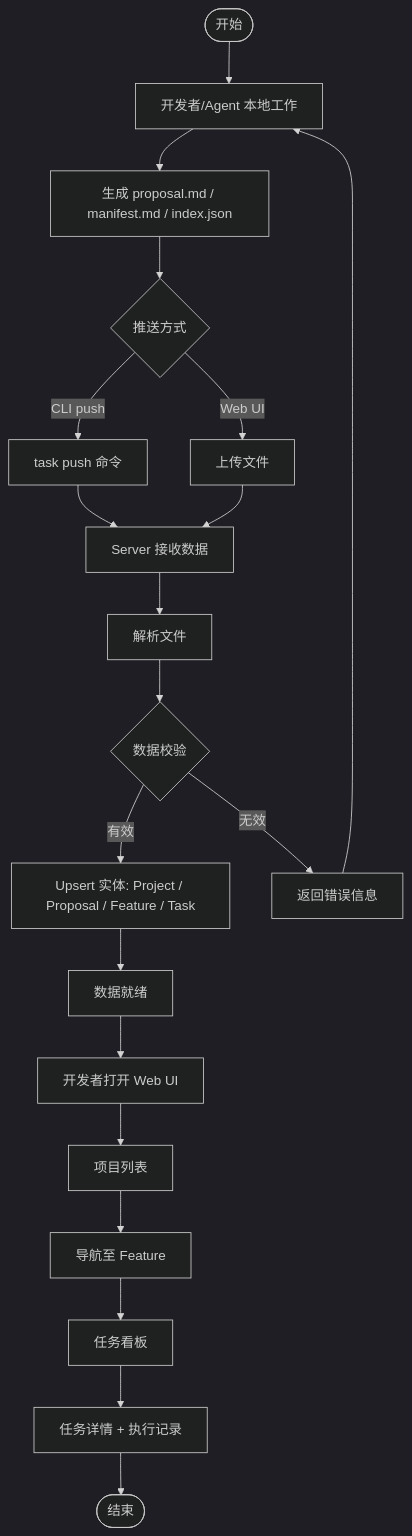
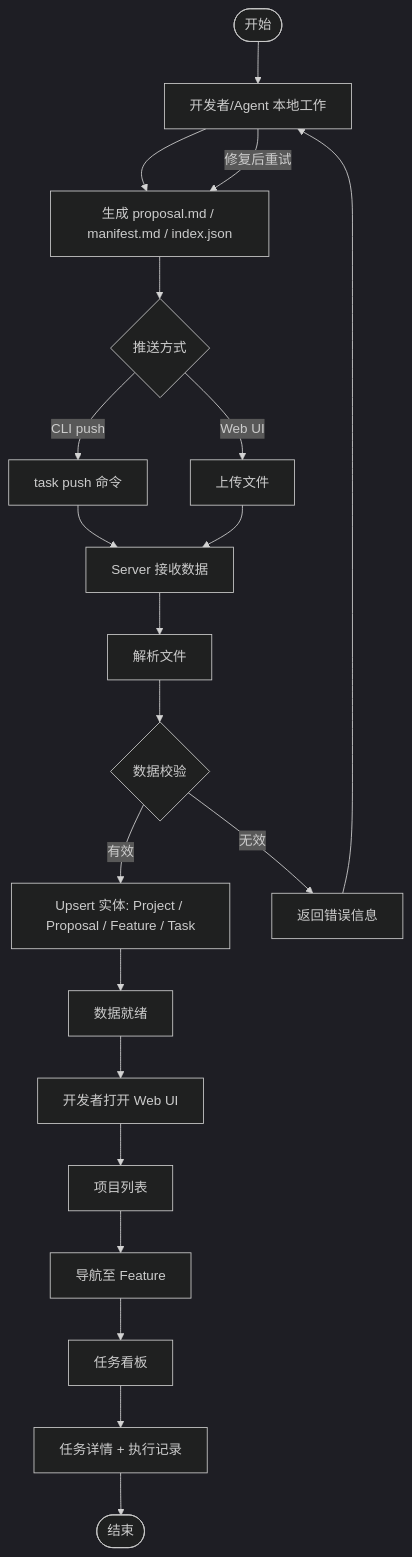
Before and after one commit to bigfaner/agent-task-center: the first of 3 diagrams in docs/features/agent-task-center/prd/prd-spec.md, drawn with Mermaid (dark theme). The commit also changed other lines of this file and 2 other files, not shown here.

````diff
--- a/docs/features/agent-task-center/prd/prd-spec.md
+++ b/docs/features/agent-task-center/prd/prd-spec.md
@@ -88,25 +88,26 @@
 ```mermaid
 flowchart TD
     Start([开始]) --> Dev[开发者/Agent 本地工作]
     Dev --> GenDocs[生成 proposal.md / manifest.md / index.json]
     GenDocs --> Push{推送方式}
     Push -->|CLI push| CLI[task push 命令]
     Push -->|Web UI| Upload[上传文件]
 
     CLI --> Server[Server 接收数据]
     Upload --> Server
     Server --> Parse[解析文件]
     Parse --> Validate{数据校验}
     Validate -->|有效| Upsert[Upsert 实体: Project / Proposal / Feature / Task]
     Validate -->|无效| Error[返回错误信息]
     Error --> Dev
+    Dev -->|修复后重试| GenDocs
     Upsert --> Ready[数据就绪]
 
     Ready --> View[开发者打开 Web UI]
     View --> ProjectList[项目列表]
     ProjectList --> Navigate[导航至 Feature]
     Navigate --> Kanban[任务看板]
     Kanban --> Detail[任务详情 + 执行记录]
 
     Detail --> End([结束])
 ```
````
